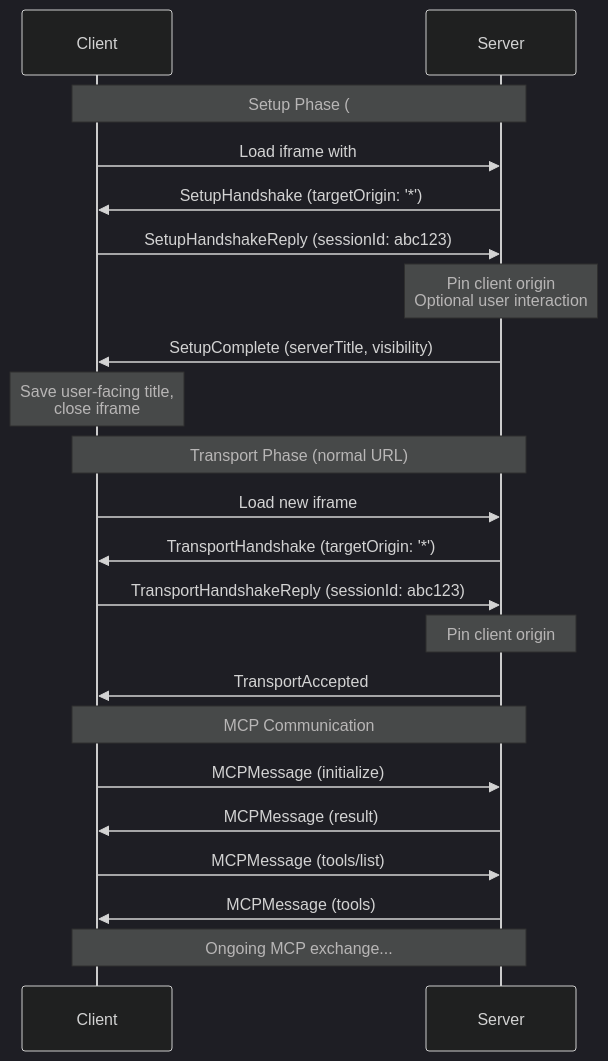
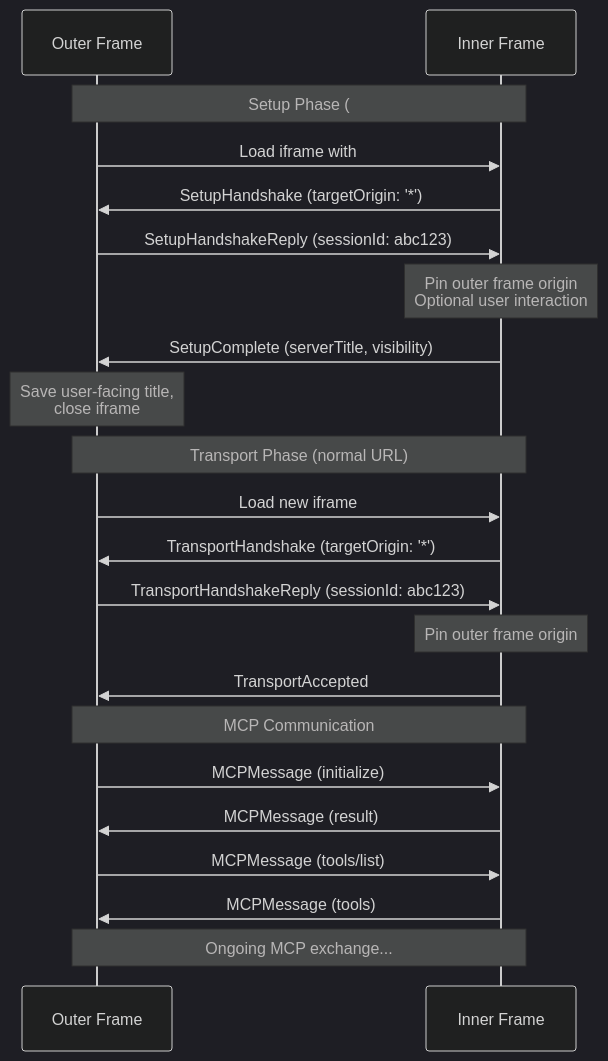
Before and after one commit to horner/mcp-postmessage: the diagram in src/protocol/README.md, drawn with Mermaid (dark theme). The commit also changed other lines of this file and 22 other files, not shown here.

````diff
--- a/src/protocol/README.md
+++ b/src/protocol/README.md
@@ -54,27 +54,27 @@
 ```mermaid
 sequenceDiagram
-    participant Client
-    participant Server
+    participant OuterFrame as Outer Frame
+    participant InnerFrame as Inner Frame
     
-    Note over Client,Server: Setup Phase (#setup URL)
-    Client->>Server: Load iframe with #setup
-    Server->>Client: SetupHandshake (targetOrigin: '*')
-    Client->>Server: SetupHandshakeReply (sessionId: abc123)
-    Note over Server: Pin client origin<br/>Optional user interaction
-    Server->>Client: SetupComplete (serverTitle, visibility)
-    Note over Client: Save user-facing title,<br/>close iframe
+    Note over OuterFrame,InnerFrame: Setup Phase (#setup URL)
+    OuterFrame->>InnerFrame: Load iframe with #setup
+    InnerFrame->>OuterFrame: SetupHandshake (targetOrigin: '*')
+    OuterFrame->>InnerFrame: SetupHandshakeReply (sessionId: abc123)
+    Note over InnerFrame: Pin outer frame origin<br/>Optional user interaction
+    InnerFrame->>OuterFrame: SetupComplete (serverTitle, visibility)
+    Note over OuterFrame: Save user-facing title,<br/>close iframe
     
-    Note over Client,Server: Transport Phase (normal URL)  
-    Client->>Server: Load new iframe
-    Server->>Client: TransportHandshake (targetOrigin: '*')
-    Client->>Server: TransportHandshakeReply (sessionId: abc123)
-    Note over Server: Pin client origin
-    Server->>Client: TransportAccepted
+    Note over OuterFrame,InnerFrame: Transport Phase (normal URL)  
+    OuterFrame->>InnerFrame: Load new iframe
+    InnerFrame->>OuterFrame: TransportHandshake (targetOrigin: '*')
+    OuterFrame->>InnerFrame: TransportHandshakeReply (sessionId: abc123)
+    Note over InnerFrame: Pin outer frame origin
+    InnerFrame->>OuterFrame: TransportAccepted
     
-    Note over Client,Server: MCP Communication
-    Client->>Server: MCPMessage (initialize)
-    Server->>Client: MCPMessage (result)
-    Client->>Server: MCPMessage (tools/list)
-    Server->>Client: MCPMessage (tools)
-    Note over Client,Server: Ongoing MCP exchange...
+    Note over OuterFrame,InnerFrame: MCP Communication
+    OuterFrame->>InnerFrame: MCPMessage (initialize)
+    InnerFrame->>OuterFrame: MCPMessage (result)
+    OuterFrame->>InnerFrame: MCPMessage (tools/list)
+    InnerFrame->>OuterFrame: MCPMessage (tools)
+    Note over OuterFrame,InnerFrame: Ongoing MCP exchange...
 ```
````
